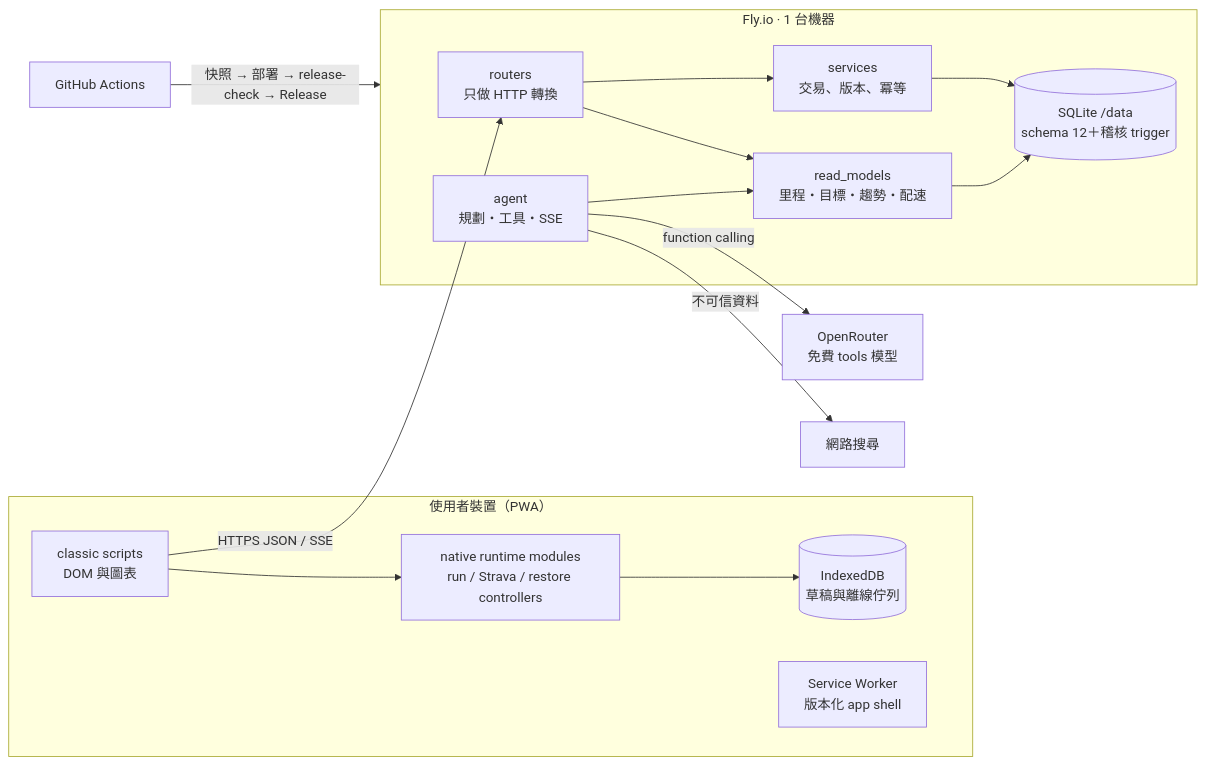
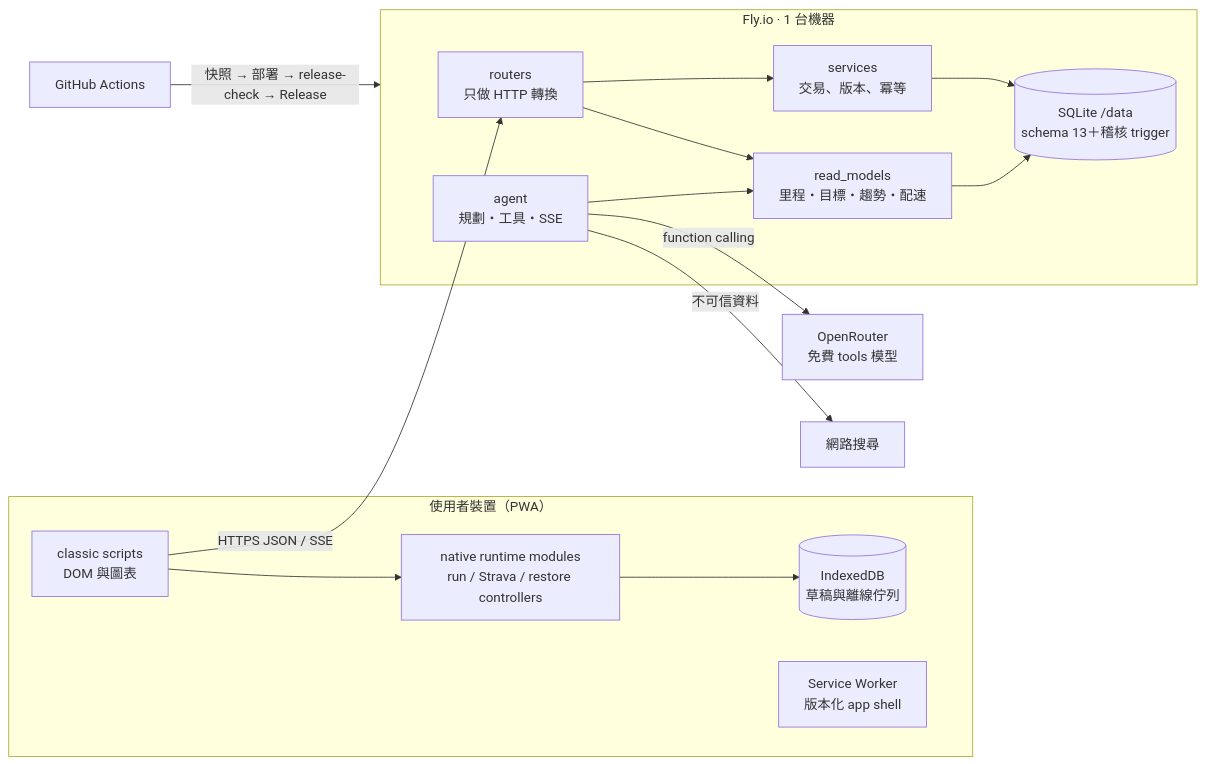
One commit to Teng91/running-shoes changed the diagram in README.md. Above: the diagram before and after it, drawn with Mermaid. The commit also changed other lines of this file and 61 other files, not shown here.

````diff
--- a/README.md
+++ b/README.md
@@ -95,19 +95,19 @@
 ```mermaid
 flowchart LR
   subgraph Device["使用者裝置（PWA）"]
     UI["classic scripts<br/>DOM 與圖表"] --> RT["native runtime modules<br/>run / Strava / restore controllers"]
     RT --> IDB[("IndexedDB<br/>草稿與離線佇列")]
     SW["Service Worker<br/>版本化 app shell"]
   end
   subgraph Fly["Fly.io · 1 台機器"]
     R["routers<br/>只做 HTTP 轉換"] --> S["services<br/>交易、版本、冪等"]
     R --> RM["read_models<br/>里程・目標・趨勢・配速"]
-    S --> DB[("SQLite /data<br/>schema 12＋稽核 trigger")]
+    S --> DB[("SQLite /data<br/>schema 13＋稽核 trigger")]
     RM --> DB
     A["agent<br/>規劃・工具・SSE"] --> RM
   end
   UI -- "HTTPS JSON / SSE" --> R
   A -- "function calling" --> OR["OpenRouter<br/>免費 tools 模型"]
   A -- "不可信資料" --> WS["網路搜尋"]
   GH["GitHub Actions"] -- "快照 → 部署 → release-check → Release" --> Fly
 ```
````
